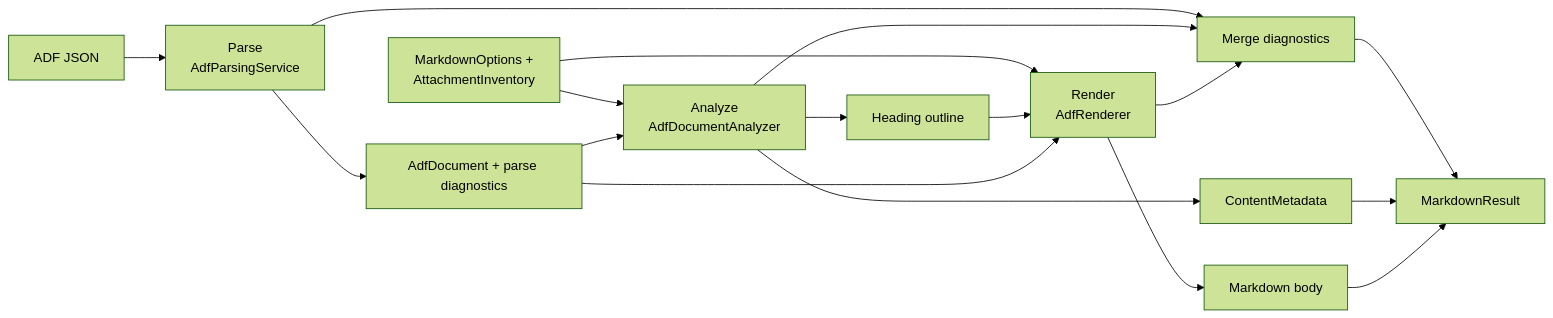
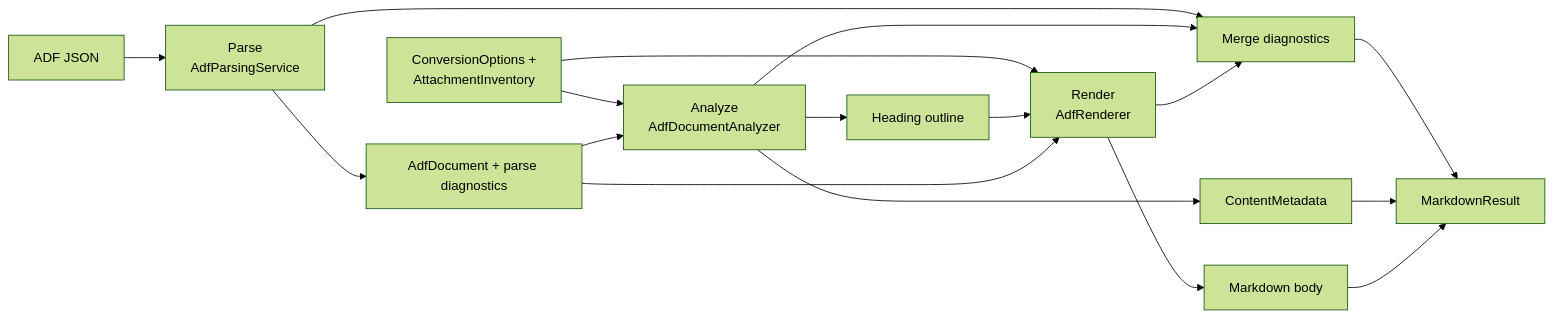
Before and after one commit to thiagogcm/adf4j: the second of 3 diagrams in docs/architecture.md, drawn with Mermaid (forest theme). The commit also changed other lines of this file and 146 other files, not shown here.

````diff
--- a/docs/architecture.md
+++ b/docs/architecture.md
@@ -57,19 +57,19 @@
 ```mermaid
 flowchart LR
     json["ADF JSON"] --> parse["Parse<br/>AdfParsingService"]
     parse --> ast["AdfDocument + parse diagnostics"]
-    options["MarkdownOptions +<br/>AttachmentInventory"] --> analyze
+    options["ConversionOptions +<br/>AttachmentInventory"] --> analyze
     options --> render
     ast --> analyze["Analyze<br/>AdfDocumentAnalyzer"]
     analyze --> outline["Heading outline"]
     analyze --> metadata["ContentMetadata"]
     outline --> render["Render<br/>AdfRenderer"]
     ast --> render
     render --> body["Markdown body"]
     parse --> merge["Merge diagnostics"]
     analyze --> merge
     render --> merge
     merge --> result["MarkdownResult"]
     metadata --> result
     body --> result
 ```
````
